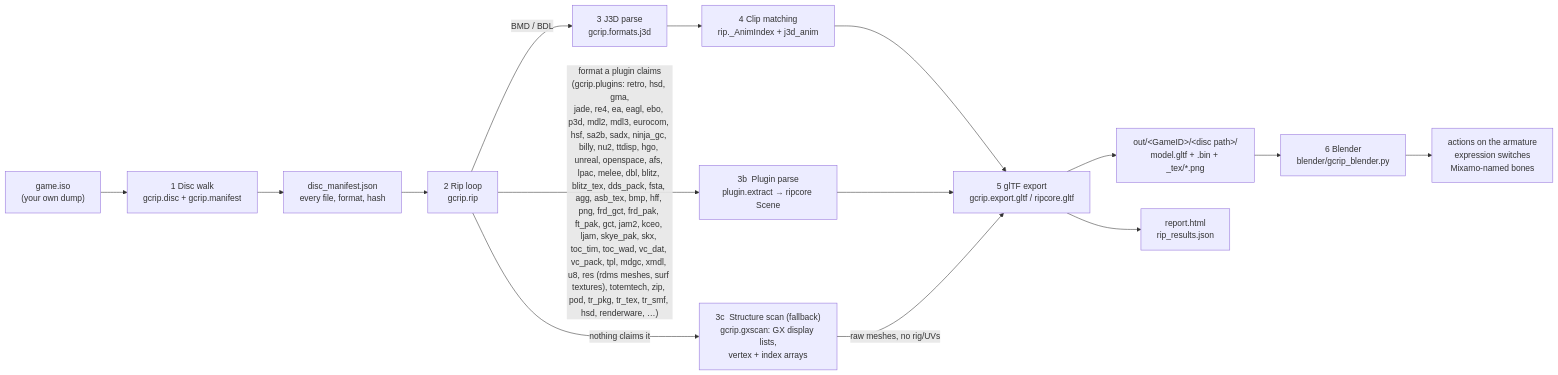
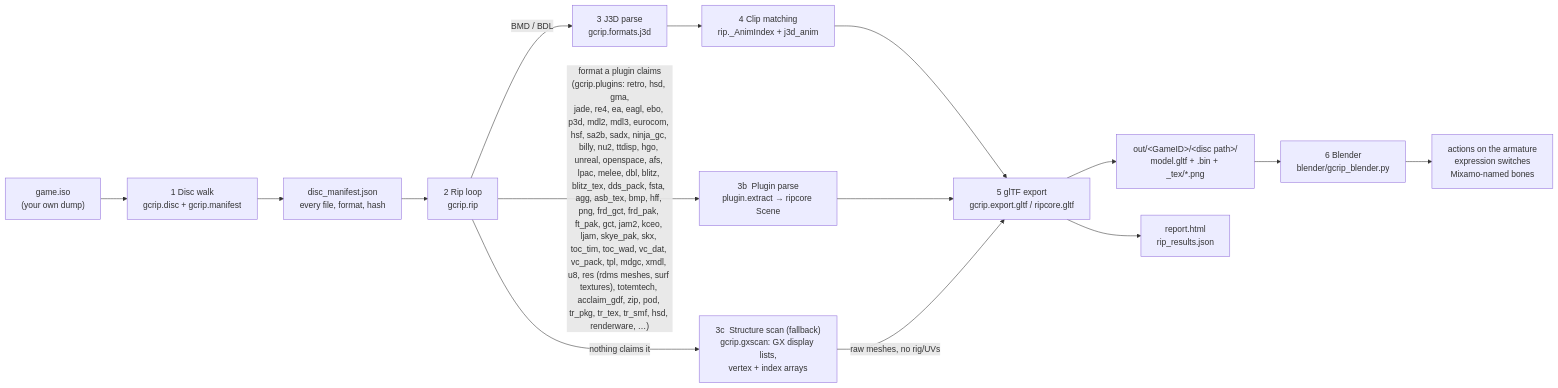
One commit to Felbs/3d-ripper-9000 changed the first of 10 diagrams in docs/PIPELINE.md. Above: the diagram before and after it, drawn with Mermaid. The commit also changed other lines of this file and 6 other files, not shown here.

````diff
--- a/docs/PIPELINE.md
+++ b/docs/PIPELINE.md
@@ -11,17 +11,17 @@
 ```mermaid
 flowchart LR
     ISO["game.iso<br/>(your own dump)"] --> WALK["1  Disc walk<br/>gcrip.disc + gcrip.manifest"]
     WALK --> MAN["disc_manifest.json<br/>every file, format, hash"]
     MAN --> RIP["2  Rip loop<br/>gcrip.rip"]
     RIP -->|"BMD / BDL"| J3D["3  J3D parse<br/>gcrip.formats.j3d"]
-    RIP -->|"format a plugin claims<br/>(gcrip.plugins: retro, hsd, gma,<br/>jade, re4, ea, eagl, ebo, p3d, mdl2, mdl3, eurocom, hsf, sa2b, sadx, ninja_gc, billy, nu2, ttdisp, hgo, unreal, openspace, afs, lpac, melee, dbl, blitz, blitz_tex, dds_pack, fsta, agg, asb_tex, bmp, hff, png, frd_gct, frd_pak, ft_pak, gct, jam2, kceo, ljam, skye_pak, skx, toc_tim, toc_wad, vc_dat, vc_pack, tpl, mdgc, xmdl, u8, res (rdms meshes, surf textures), totemtech, zip, pod, tr_pkg, tr_tex, tr_smf, hsd, renderware, …)"| PLUG["3b  Plugin parse<br/>plugin.extract → ripcore Scene"]
+    RIP -->|"format a plugin claims<br/>(gcrip.plugins: retro, hsd, gma,<br/>jade, re4, ea, eagl, ebo, p3d, mdl2, mdl3, eurocom, hsf, sa2b, sadx, ninja_gc, billy, nu2, ttdisp, hgo, unreal, openspace, afs, lpac, melee, dbl, blitz, blitz_tex, dds_pack, fsta, agg, asb_tex, bmp, hff, png, frd_gct, frd_pak, ft_pak, gct, jam2, kceo, ljam, skye_pak, skx, toc_tim, toc_wad, vc_dat, vc_pack, tpl, mdgc, xmdl, u8, res (rdms meshes, surf textures), totemtech, acclaim_gdf, zip, pod, tr_pkg, tr_tex, tr_smf, hsd, renderware, …)"| PLUG["3b  Plugin parse<br/>plugin.extract → ripcore Scene"]
     RIP -->|"nothing claims it"| GX["3c  Structure scan (fallback)<br/>gcrip.gxscan: GX display lists,<br/>vertex + index arrays"]
     J3D --> ANIM["4  Clip matching<br/>rip._AnimIndex + j3d_anim"]
     ANIM --> GLTF["5  glTF export<br/>gcrip.export.gltf / ripcore.gltf"]
     PLUG --> GLTF
     GX -->|"raw meshes, no rig/UVs"| GLTF
     GLTF --> OUT["out/&lt;GameID&gt;/&lt;disc path&gt;/<br/>model.gltf + .bin + _tex/*.png"]
     GLTF --> REP["report.html<br/>rip_results.json"]
     OUT --> BL["6  Blender<br/>blender/gcrip_blender.py"]
     BL --> PLAY["actions on the armature<br/>expression switches<br/>Mixamo-named bones"]
 ```
````
